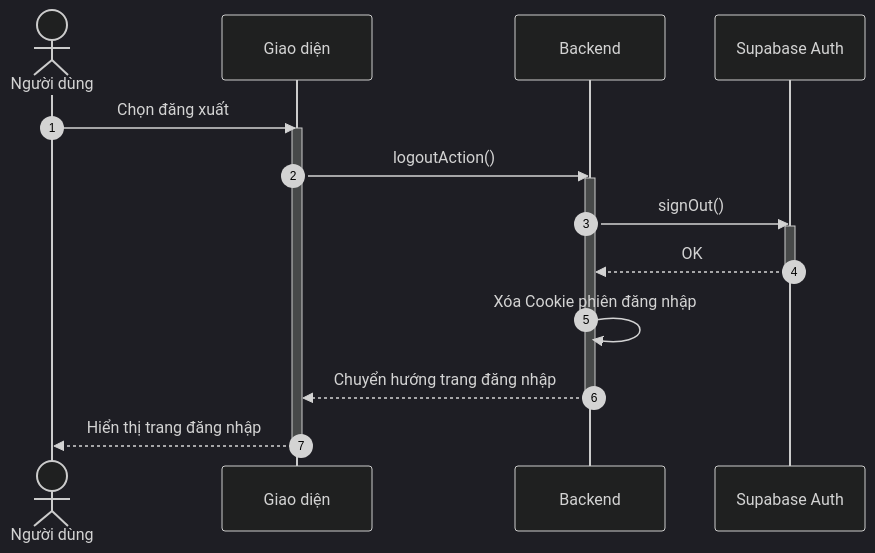
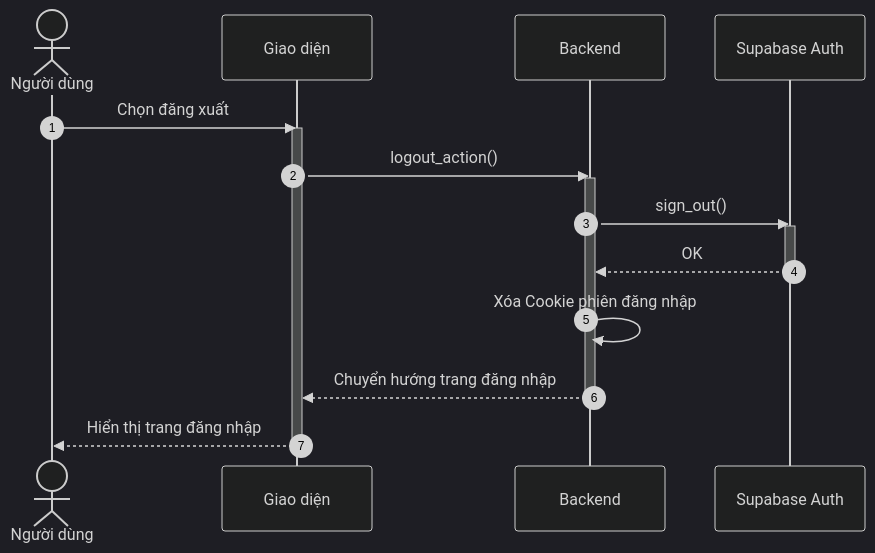
The seventh of 7 diagrams in docs/design/sequences/authentication.md (ngoctinn/Synapse), drawn with Mermaid (dark theme) before and after one commit. The commit also changed other lines of this file and 4 other files, not shown here.

Commit message:
docs: Add activity and sequence diagrams for authentication, customer, receptionist, and technician flows.

````diff
--- a/docs/design/sequences/authentication.md
+++ b/docs/design/sequences/authentication.md
@@ -205,25 +205,25 @@
 ```mermaid
 sequenceDiagram
     autonumber
     actor ND as Người dùng
     participant UI as Giao diện
     participant BE as Backend
     participant SUPA as Supabase Auth
 
     ND->>UI: Chọn đăng xuất
     activate UI
-    UI->>BE: logoutAction()
+    UI->>BE: logout_action()
     activate BE
 
-    BE->>SUPA: signOut()
+    BE->>SUPA: sign_out()
     activate SUPA
     SUPA-->>BE: OK
     deactivate SUPA
 
     BE->>BE: Xóa Cookie phiên đăng nhập
     BE-->>UI: Chuyển hướng trang đăng nhập
     deactivate BE
 
     UI-->>ND: Hiển thị trang đăng nhập
     deactivate UI
 ```
````
